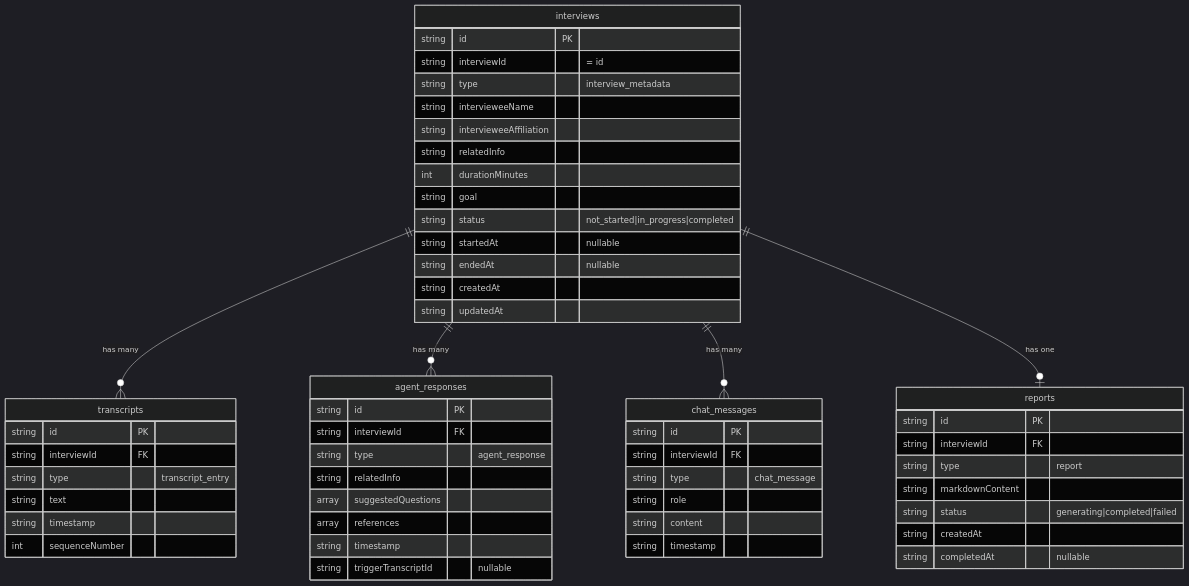
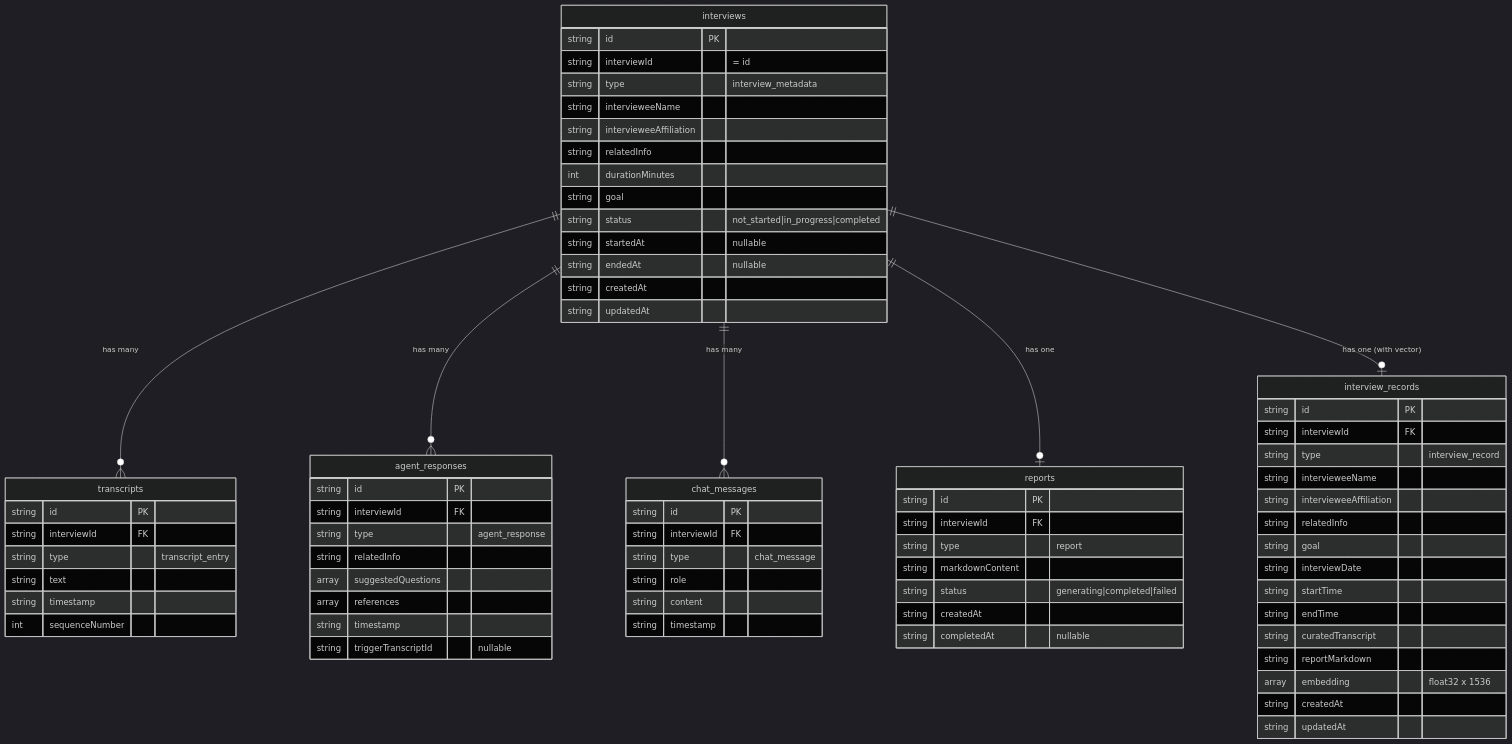
Diagram 19 of 24 in spec/architecture.md (hatasaki/Interview-Assistant-AI), drawn with Mermaid (dark theme) before and after one commit. The commit also changed other lines of this file and 22 other files, not shown here.

````diff
--- a/spec/architecture.md
+++ b/spec/architecture.md
@@ -795,62 +805,81 @@
 ```mermaid
 erDiagram
     interviews {
         string id PK
         string interviewId "= id"
         string type "interview_metadata"
         string intervieweeName
         string intervieweeAffiliation
         string relatedInfo
         int durationMinutes
         string goal
         string status "not_started|in_progress|completed"
         string startedAt "nullable"
         string endedAt "nullable"
         string createdAt
         string updatedAt
     }
 
     transcripts {
         string id PK
         string interviewId FK
         string type "transcript_entry"
         string text
         string timestamp
         int sequenceNumber
     }
 
     agent_responses {
         string id PK
         string interviewId FK
         string type "agent_response"
         string relatedInfo
         array suggestedQuestions
         array references
         string timestamp
         string triggerTranscriptId "nullable"
     }
 
     chat_messages {
         string id PK
         string interviewId FK
         string type "chat_message"
         string role
         string content
         string timestamp
     }
 
     reports {
         string id PK
         string interviewId FK
         string type "report"
         string markdownContent
         string status "generating|completed|failed"
         string createdAt
         string completedAt "nullable"
     }
 
+    interview_records {
+        string id PK
+        string interviewId FK
+        string type "interview_record"
+        string intervieweeName
+        string intervieweeAffiliation
+        string relatedInfo
+        string goal
+        string interviewDate
+        string startTime
+        string endTime
+        string curatedTranscript
+        string reportMarkdown
+        array embedding "float32 x 1536"
+        string createdAt
+        string updatedAt
+    }
+
     interviews ||--o{ transcripts : "has many"
     interviews ||--o{ agent_responses : "has many"
     interviews ||--o{ chat_messages : "has many"
     interviews ||--o| reports : "has one"
+    interviews ||--o| interview_records : "has one (with vector)"
 ```
````
